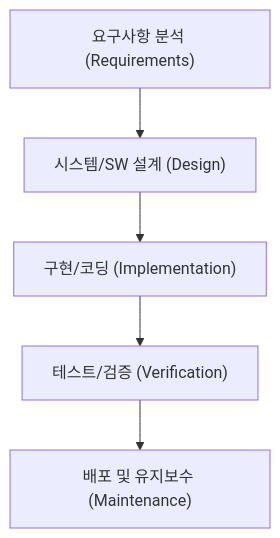
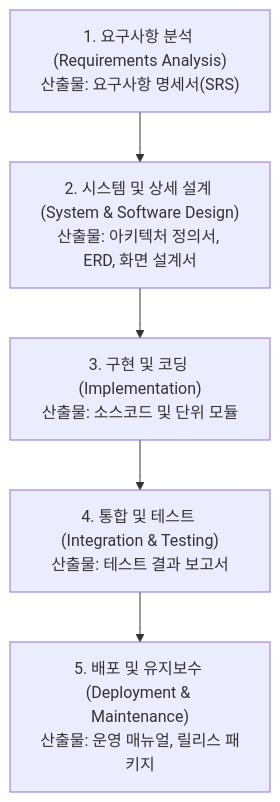
One commit to keimania/tech-notes changed the first of 11 diagrams in 05_소프트웨어_공학.md. Above: the diagram before and after it, drawn with Mermaid. The commit also changed other lines of this file and 12 other files, not shown here.

````diff
--- a/05_소프트웨어_공학.md
+++ b/05_소프트웨어_공학.md
@@ -44,7 +124,7 @@
 ```mermaid
 flowchart TD
-    A["요구사항 분석 (Requirements)"] --> B["시스템/SW 설계 (Design)"]
-    B --> C["구현/코딩 (Implementation)"]
-    C --> D["테스트/검증 (Verification)"]
-    D --> E["배포 및 유지보수 (Maintenance)"]
+    A["1. 요구사항 분석 (Requirements Analysis)<br>산출물: 요구사항 명세서(SRS)"] --> B["2. 시스템 및 상세 설계 (System & Software Design)<br>산출물: 아키텍처 정의서, ERD, 화면 설계서"]
+    B --> C["3. 구현 및 코딩 (Implementation)<br>산출물: 소스코드 및 단위 모듈"]
+    C --> D["4. 통합 및 테스트 (Integration & Testing)<br>산출물: 테스트 결과 보고서"]
+    D --> E["5. 배포 및 유지보수 (Deployment & Maintenance)<br>산출물: 운영 매뉴얼, 릴리스 패키지"]
 ```
````
